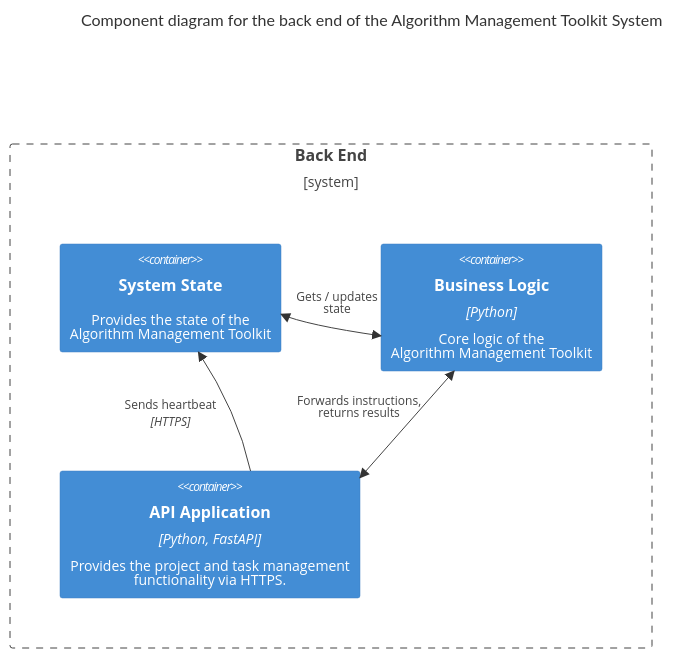
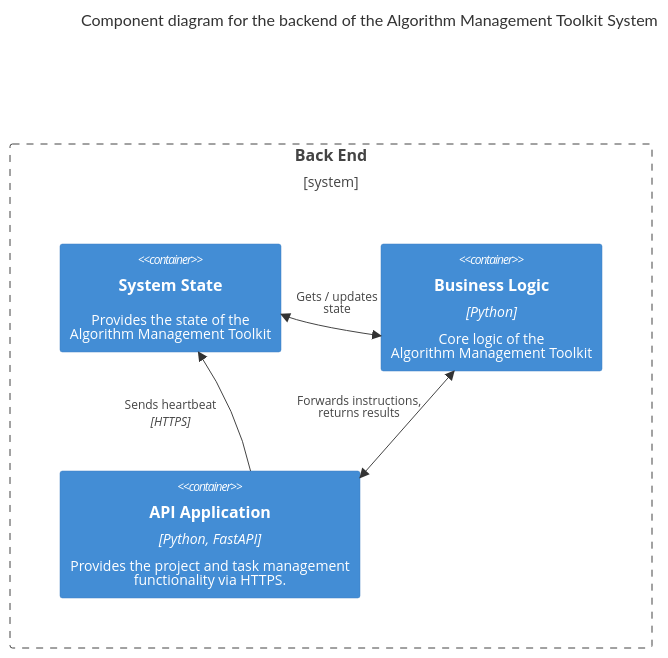
One commit to MinBZK/amt changed the third of 3 diagrams in docs/architecture/architecture.md. Above: the diagram before and after it, drawn with Mermaid. The commit also changed other lines of this file, not shown here.

Commit message:
Added Algoritmeregister to context diagram + text, fixed typo's, processed comments

````diff
--- a/docs/architecture/architecture.md
+++ b/docs/architecture/architecture.md
@@ -147,23 +158,23 @@
 ```mermaid
 C4Component
-    title Component diagram for the back end of the Algorithm Management Toolkit System
+    title Component diagram for the backend of the Algorithm Management Toolkit System
 
  Boundary(b2, "Back End") {
         Container(State, "System State", "", "Provides the state of the <br/>Algorithm Management Toolkit")
         Container(Business Logic, "Business Logic", "Python", "Core logic of the <br/> Algorithm Management Toolkit")
         Container(API, "API Application", "Python, FastAPI", "Provides the project and task management <br/> functionality via HTTPS.")
     }
 
 
 
 BiRel(API, Business Logic, "Forwards instructions, <br/> returns results", "")
 UpdateRelStyle(API, Business Logic, $offsetY="-20", $offsetX="-110")
 
 BiRel(State, Business Logic, "Gets / updates <br/>state", "")
 UpdateRelStyle(State, Business Logic, $offsetY="-25", $offsetX="-35")
 
 Rel(API, State, "Sends heartbeat", "HTTPS")
 UpdateRelStyle(API, State, $offsetY="-10", $offsetX="-100")
 
 UpdateLayoutConfig($c4ShapeInRow="2", $c4BoundaryInRow="3")
 ```
````
